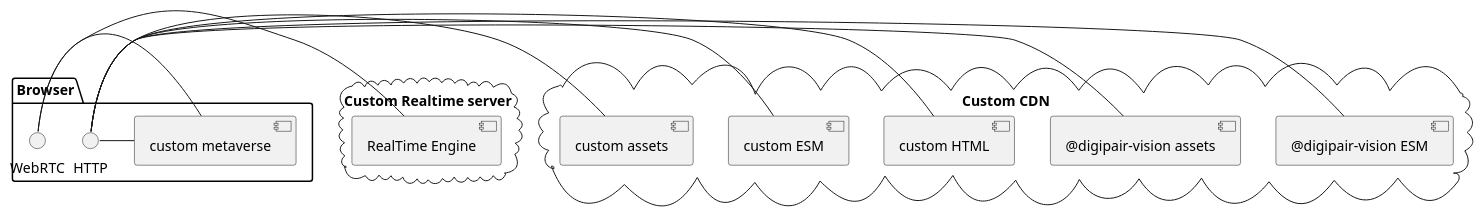
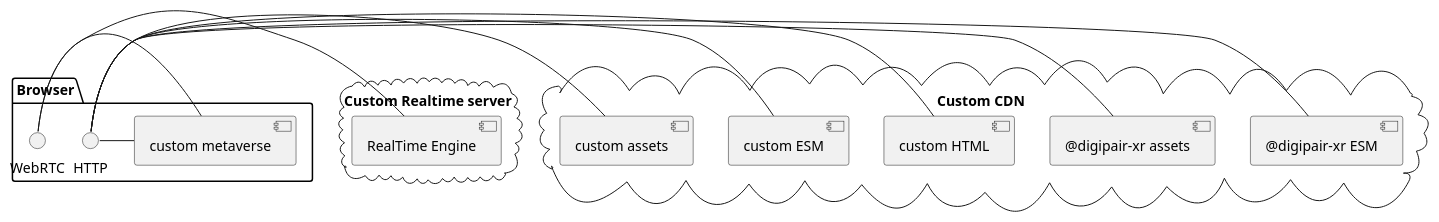
Before and after one commit to digipair/digipair-vision: the second of 2 diagrams in docs/how-it-works.md, drawn with PlantUML. The commit also changed other lines of this file and 141 other files, not shown here.

````diff
--- a/docs/how-it-works.md
+++ b/docs/how-it-works.md
@@ -53,20 +53,20 @@
 ```plantuml
 @startuml
 package "Browser" {
   HTTP - [custom metaverse]
   WebRTC - [custom metaverse]
 }
 
 cloud "Custom Realtime server" {
   [RealTime Engine] - WebRTC
 }
 
 cloud "Custom CDN" {
-  [@digipair-vision ESM] - HTTP
-  [@digipair-vision assets] - HTTP
+  [@digipair-xr ESM] - HTTP
+  [@digipair-xr assets] - HTTP
   [custom HTML] - HTTP
   [custom ESM] - HTTP
   [custom assets] - HTTP
 }
 @enduml
 ```
````
